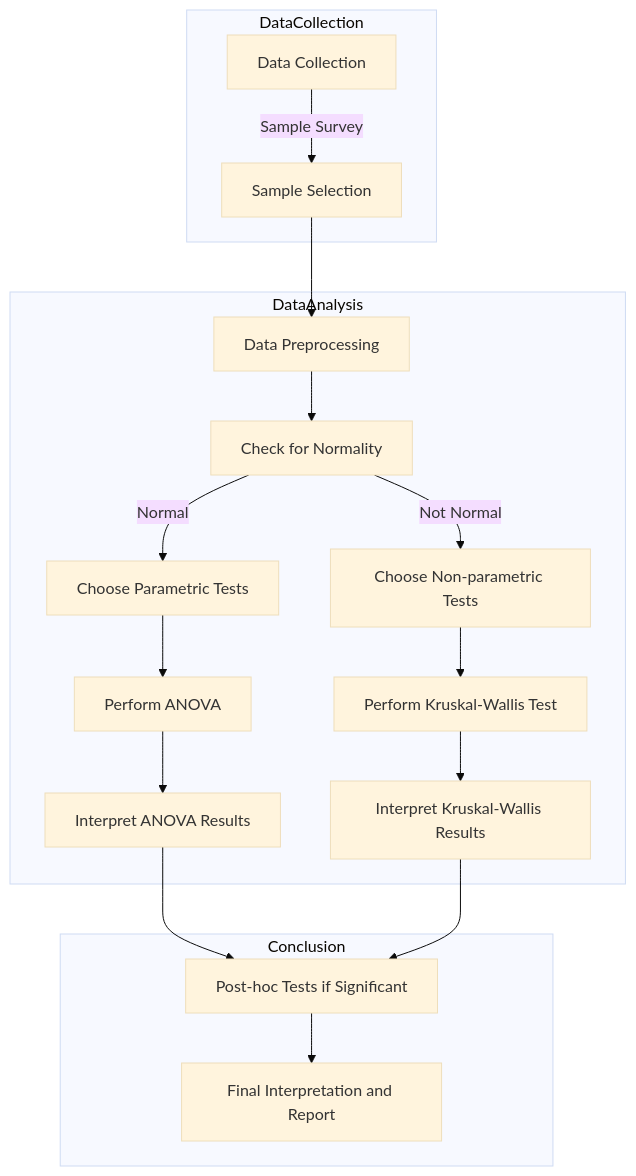
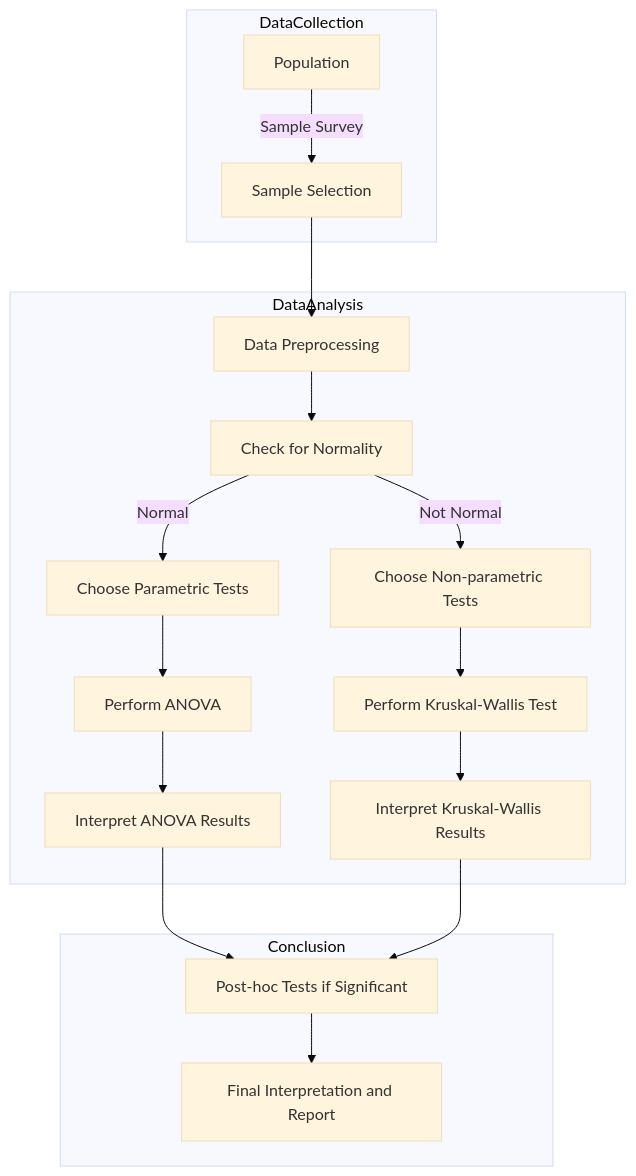
The diagram in _pages/typography.md (mrinalcs/mrinalcs.github.io), drawn with Mermaid (base theme) before and after one commit. The commit also changed other lines of this file, not shown here.

````diff
--- a/_pages/typography.md
+++ b/_pages/typography.md
@@ -231,26 +246,26 @@
 ```mermaid
 graph TD;
 
     subgraph DataCollection
-    A[Data Collection] -->|Sample Survey| B[Sample Selection]
+    A[Population] -->|Sample Survey| B[Sample Selection]
     end
 
     subgraph DataAnalysis
     B --> C[Data Preprocessing]
     C --> D[Check for Normality]
     D -->|Normal| E[Choose Parametric Tests]
     D -->|Not Normal| F[Choose Non-parametric Tests]
     E --> G[Perform ANOVA]
     F --> H[Perform Kruskal-Wallis Test]
     G --> I[Interpret ANOVA Results]
     H --> J[Interpret Kruskal-Wallis Results]
     end
 
     subgraph Conclusion
     I --> K[Post-hoc Tests if Significant]
     J --> K
     K --> L[Final Interpretation and Report]
     end
 
 
 ```
````
